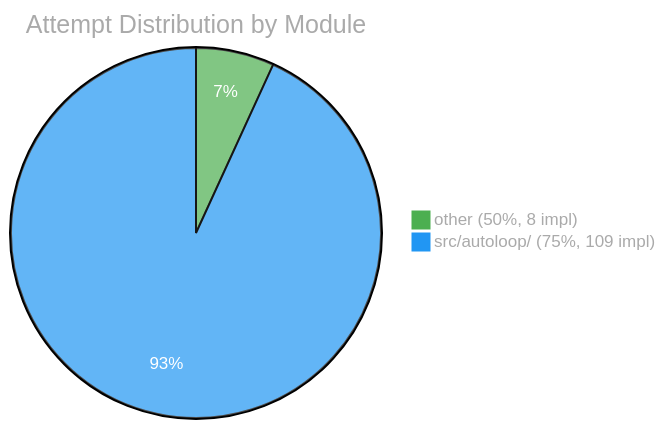
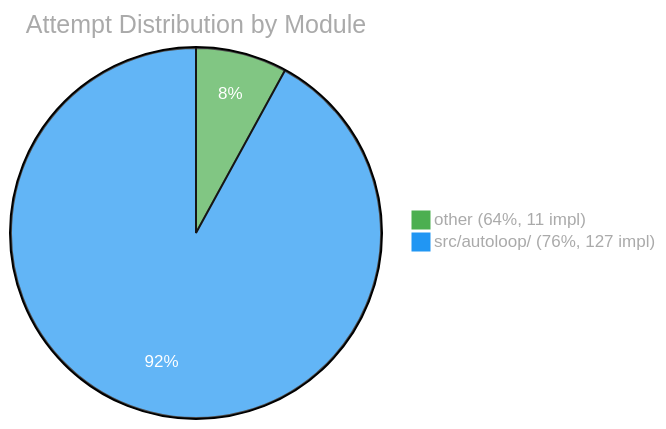
The third of 3 diagrams in EVAL.md (Sanctum-Origo-Systems/autoloop), drawn with Mermaid before and after one commit. The commit also changed other lines of this file and 1 other file, not shown here.

````diff
--- a/EVAL.md
+++ b/EVAL.md
@@ -56,6 +56,6 @@
 ```mermaid
 %%{init: {'theme': 'base', 'themeVariables': {'pie1': '#4CAF50', 'pie2': '#2196F3', 'pie3': '#FF9800', 'pie4': '#E91E63', 'pie5': '#9C27B0', 'pie6': '#00BCD4', 'pieTitleTextColor': '#aaa', 'pieLegendTextColor': '#aaa', 'pieSectionTextColor': '#fff'}}}%%
 pie title Attempt Distribution by Module
-    "other (50%, 8 impl)" : 8
-    "src/autoloop/ (75%, 109 impl)" : 109
+    "other (64%, 11 impl)" : 11
+    "src/autoloop/ (76%, 127 impl)" : 127
 ```
````
